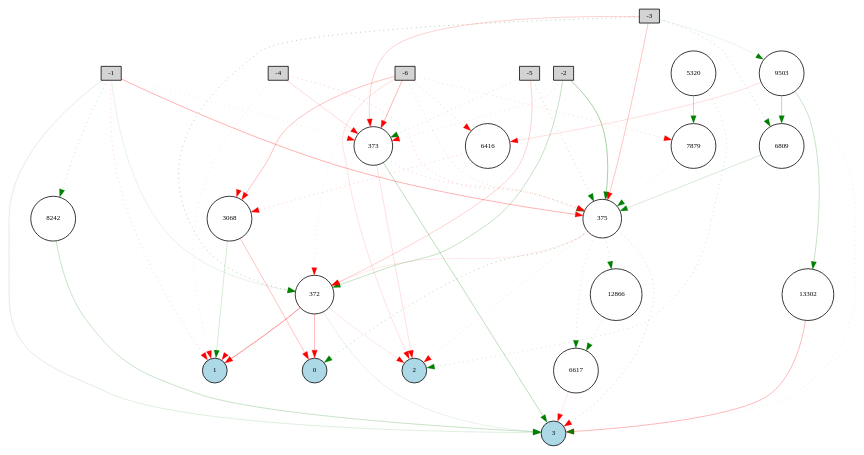
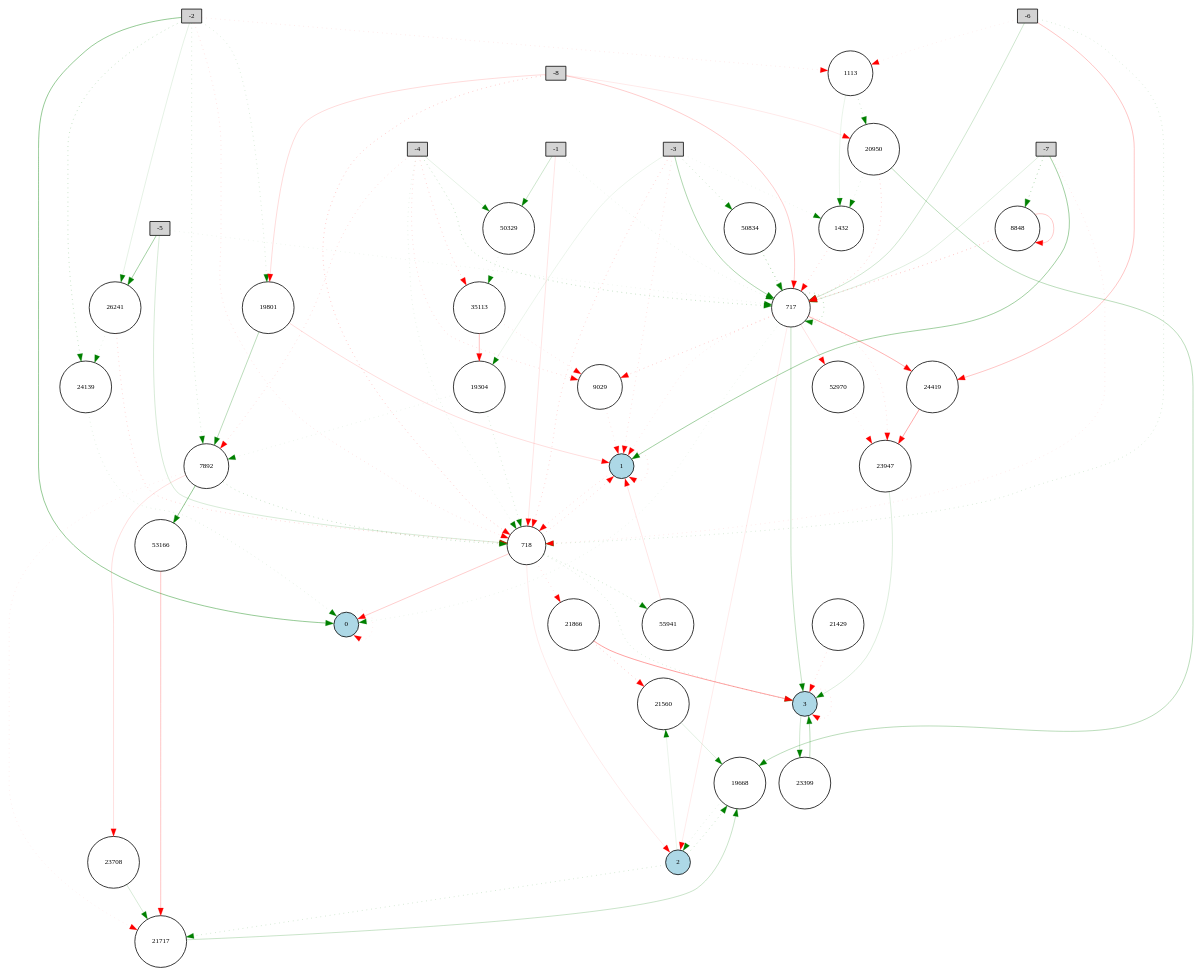
Before and after one commit to Aayush499/Neat-Foraging: the diagram in Digraph.gv, drawn with Graphviz. The commit also changed 15 other files, not shown here.

```diff
--- a/Digraph.gv
+++ b/Digraph.gv
@@ -1,83 +1,139 @@
 digraph {
 	node [fontsize=9 height=0.2 shape=circle width=0.2]
 	-1 [fillcolor=lightgray shape=box style=filled]
 	-2 [fillcolor=lightgray shape=box style=filled]
 	-3 [fillcolor=lightgray shape=box style=filled]
 	-4 [fillcolor=lightgray shape=box style=filled]
 	-5 [fillcolor=lightgray shape=box style=filled]
 	-6 [fillcolor=lightgray shape=box style=filled]
+	-7 [fillcolor=lightgray shape=box style=filled]
+	-8 [fillcolor=lightgray shape=box style=filled]
 	0 [fillcolor=lightblue style=filled]
 	1 [fillcolor=lightblue style=filled]
 	2 [fillcolor=lightblue style=filled]
 	3 [fillcolor=lightblue style=filled]
-	12866 [fillcolor=white style=filled]
-	7879 [fillcolor=white style=filled]
-	5320 [fillcolor=white style=filled]
-	6416 [fillcolor=white style=filled]
-	6809 [fillcolor=white style=filled]
-	8242 [fillcolor=white style=filled]
-	372 [fillcolor=white style=filled]
-	373 [fillcolor=white style=filled]
-	13302 [fillcolor=white style=filled]
-	375 [fillcolor=white style=filled]
-	6617 [fillcolor=white style=filled]
-	3068 [fillcolor=white style=filled]
-	9503 [fillcolor=white style=filled]
-	-1 -> 372 [color=green penwidth=0.1326016537382938 style=solid]
-	-1 -> 373 [color=red penwidth=0.17236265693238495 style=dotted]
-	-1 -> 375 [color=red penwidth=0.3990003025081229 style=solid]
-	-2 -> 372 [color=green penwidth=0.3042072752698285 style=solid]
-	-2 -> 373 [color=red penwidth=0.22903945326321726 style=dotted]
-	-2 -> 375 [color=green penwidth=0.4614673592740933 style=solid]
-	-3 -> 372 [color=green penwidth=0.523908632284136 style=dotted]
-	-3 -> 373 [color=red penwidth=0.23658986613929794 style=solid]
-	-3 -> 375 [color=red penwidth=0.2982135409568979 style=solid]
-	-4 -> 373 [color=red penwidth=0.1880542471196609 style=solid]
-	-4 -> 375 [color=red penwidth=0.3613929996050047 style=dotted]
-	-5 -> 372 [color=red penwidth=0.24126102407908845 style=solid]
-	-5 -> 373 [color=green penwidth=0.2880796074327848 style=dotted]
-	-5 -> 375 [color=green penwidth=0.3613964117990355 style=dotted]
-	-6 -> 372 [color=red penwidth=0.1567383526319065 style=dotted]
-	-6 -> 373 [color=red penwidth=0.3914112074084013 style=solid]
-	-6 -> 375 [color=green penwidth=0.2795256189009581 style=dotted]
-	372 -> 0 [color=red penwidth=0.36050285878979627 style=solid]
-	372 -> 1 [color=red penwidth=0.6 style=solid]
-	372 -> 2 [color=red penwidth=0.12789361585044148 style=solid]
-	372 -> 3 [color=green penwidth=0.1270946716239975 style=solid]
-	373 -> 1 [color=red penwidth=0.11181050556446138 style=dotted]
-	373 -> 2 [color=red penwidth=0.16970448735941238 style=solid]
-	373 -> 3 [color=green penwidth=0.3427162743535913 style=solid]
-	375 -> 0 [color=green penwidth=0.5065310964434391 style=dotted]
-	375 -> 2 [color=red penwidth=0.2270232830292562 style=dotted]
-	375 -> 3 [color=red penwidth=0.35174810729990846 style=dotted]
-	-6 -> 3068 [color=red penwidth=0.32498612019938133 style=solid]
-	3068 -> 0 [color=red penwidth=0.3100624356480156 style=solid]
-	5320 -> 2 [color=green penwidth=0.30211095229802043 style=dotted]
-	-6 -> 2 [color=red penwidth=0.15862196790539662 style=solid]
-	-4 -> 3068 [color=red penwidth=0.10646596442212361 style=dotted]
-	-6 -> 6416 [color=red penwidth=0.2982376713815116 style=dotted]
-	6416 -> 3068 [color=red penwidth=0.32748073911131736 style=dotted]
-	375 -> 6617 [color=green penwidth=0.2712185570297099 style=dotted]
-	6617 -> 3 [color=red penwidth=0.123062955049826 style=solid]
-	3068 -> 1 [color=green penwidth=0.2155908628189738 style=solid]
-	-3 -> 6809 [color=green penwidth=0.3656799011182772 style=dotted]
-	6809 -> 375 [color=green penwidth=0.21410896467066834 style=solid]
-	-1 -> 3 [color=green penwidth=0.17086818105516693 style=solid]
-	-6 -> 7879 [color=red penwidth=0.26163298120865053 style=dotted]
-	7879 -> 375 [color=green penwidth=0.1973346480396308 style=dotted]
-	5320 -> 7879 [color=green penwidth=0.344688574228161 style=solid]
-	-1 -> 8242 [color=green penwidth=0.36020661524265396 style=dotted]
-	8242 -> 3 [color=green penwidth=0.2913783977968615 style=solid]
-	-4 -> 1 [color=red penwidth=0.19353546971328106 style=dotted]
-	9503 -> 3 [color=green penwidth=0.16762514304125503 style=dotted]
-	373 -> 375 [color=red penwidth=0.3116740614835163 style=dotted]
-	375 -> 372 [color=red penwidth=0.11881325804635534 style=solid]
-	9503 -> 6809 [color=green penwidth=0.38743466941788796 style=solid]
-	9503 -> 6416 [color=red penwidth=0.17362604106767848 style=solid]
-	375 -> 12866 [color=green penwidth=0.31004136580929403 style=dotted]
-	12866 -> 6617 [color=green penwidth=0.3444696129858039 style=dotted]
-	-3 -> 9503 [color=green penwidth=0.11395821773496916 style=solid]
-	9503 -> 13302 [color=green penwidth=0.2899438228330711 style=solid]
-	13302 -> 3 [color=red penwidth=0.3632460545533096 style=solid]
-	-1 -> 1 [color=red penwidth=0.290979423441586 style=dotted]
+	26241 [fillcolor=white style=filled]
+	55941 [fillcolor=white style=filled]
+	23947 [fillcolor=white style=filled]
+	8848 [fillcolor=white style=filled]
+	50834 [fillcolor=white style=filled]
+	1432 [fillcolor=white style=filled]
+	50329 [fillcolor=white style=filled]
+	23708 [fillcolor=white style=filled]
+	35113 [fillcolor=white style=filled]
+	53166 [fillcolor=white style=filled]
+	21429 [fillcolor=white style=filled]
+	21560 [fillcolor=white style=filled]
+	9029 [fillcolor=white style=filled]
+	24139 [fillcolor=white style=filled]
+	717 [fillcolor=white style=filled]
+	718 [fillcolor=white style=filled]
+	7892 [fillcolor=white style=filled]
+	19668 [fillcolor=white style=filled]
+	20950 [fillcolor=white style=filled]
+	21717 [fillcolor=white style=filled]
+	19801 [fillcolor=white style=filled]
+	1113 [fillcolor=white style=filled]
+	24419 [fillcolor=white style=filled]
+	23399 [fillcolor=white style=filled]
+	19304 [fillcolor=white style=filled]
+	21866 [fillcolor=white style=filled]
+	52970 [fillcolor=white style=filled]
+	-1 -> 717 [color=green penwidth=0.141272360368502 style=dotted]
+	-1 -> 718 [color=red penwidth=0.13726234209409496 style=solid]
+	-2 -> 718 [color=red penwidth=0.1791870725055485 style=dotted]
+	-3 -> 717 [color=green penwidth=0.4149325544492999 style=solid]
+	-3 -> 718 [color=red penwidth=0.25502566756170575 style=dotted]
+	-4 -> 717 [color=green penwidth=0.34612700391581086 style=dotted]
+	-4 -> 718 [color=green penwidth=0.15251281093508567 style=dotted]
+	-5 -> 717 [color=green penwidth=0.10846817083407795 style=dotted]
+	-5 -> 718 [color=green penwidth=0.2080395964184755 style=solid]
+	-6 -> 717 [color=green penwidth=0.2511581474425748 style=solid]
+	-6 -> 718 [color=green penwidth=0.2384220153245856 style=dotted]
+	-7 -> 717 [color=green penwidth=0.1731651942104258 style=solid]
+	-7 -> 718 [color=red penwidth=0.13679392448890998 style=dotted]
+	-8 -> 717 [color=red penwidth=0.2588272806856863 style=solid]
+	-8 -> 718 [color=red penwidth=0.3268459884725272 style=dotted]
+	717 -> 0 [color=green penwidth=0.12618106855786904 style=dotted]
+	717 -> 1 [color=red penwidth=0.137383308650642 style=dotted]
+	717 -> 2 [color=red penwidth=0.11467588656590073 style=solid]
+	717 -> 3 [color=green penwidth=0.2966836660964405 style=solid]
+	718 -> 0 [color=red penwidth=0.2643517412383555 style=solid]
+	718 -> 1 [color=red penwidth=0.22695906813230987 style=dotted]
+	718 -> 2 [color=red penwidth=0.1135517368772124 style=solid]
+	718 -> 3 [color=green penwidth=0.22104490541906932 style=dotted]
+	0 -> 0 [color=red penwidth=0.12046865470547122 style=dotted]
+	1 -> 1 [color=red penwidth=0.19873820578397416 style=dotted]
+	3 -> 3 [color=red penwidth=0.17525048256364162 style=dotted]
+	717 -> 717 [color=green penwidth=0.4270293492511956 style=dotted]
+	-6 -> 1113 [color=red penwidth=0.10528835687162916 style=dotted]
+	-3 -> 1432 [color=green penwidth=0.10876554229568525 style=dotted]
+	-2 -> 7892 [color=green penwidth=0.23666830664872116 style=dotted]
+	7892 -> 718 [color=green penwidth=0.34426228731710773 style=dotted]
+	-7 -> 8848 [color=green penwidth=0.5008349535076269 style=dotted]
+	8848 -> 717 [color=red penwidth=0.38092429830637997 style=dotted]
+	717 -> 9029 [color=red penwidth=0.31350803954893364 style=dotted]
+	9029 -> 1 [color=red penwidth=0.16836451906872796 style=dotted]
+	-3 -> 19304 [color=green penwidth=0.11096523112736732 style=solid]
+	19304 -> 718 [color=green penwidth=0.2333658861168733 style=dotted]
+	-7 -> 1 [color=green penwidth=0.4826990884987845 style=solid]
+	2 -> 19668 [color=green penwidth=0.3399740616545637 style=dotted]
+	19668 -> 2 [color=green penwidth=0.18736324570775825 style=dotted]
+	-3 -> 1 [color=red penwidth=0.18965158437404903 style=dotted]
+	-2 -> 19801 [color=green penwidth=0.23485595601071926 style=dotted]
+	19801 -> 7892 [color=green penwidth=0.3462491611057953 style=solid]
+	1113 -> 1432 [color=green penwidth=0.12158751833540166 style=solid]
+	-2 -> 0 [color=green penwidth=0.5377571433043904 style=solid]
+	-8 -> 19801 [color=red penwidth=0.18834893442079714 style=solid]
+	-8 -> 20950 [color=red penwidth=0.12342720800058371 style=solid]
+	20950 -> 717 [color=red penwidth=0.26813597495509756 style=dotted]
+	21429 -> 3 [color=red penwidth=0.22070478744520486 style=dotted]
+	2 -> 21560 [color=green penwidth=0.11138608172853283 style=solid]
+	21560 -> 19668 [color=green penwidth=0.15637750889567714 style=solid]
+	-4 -> 7892 [color=red penwidth=0.22258176726475432 style=dotted]
+	2 -> 21717 [color=green penwidth=0.2687786786659697 style=dotted]
+	21717 -> 19668 [color=green penwidth=0.2799669687031161 style=solid]
+	7892 -> 21717 [color=red penwidth=0.11727672224836685 style=dotted]
+	718 -> 21866 [color=red penwidth=0.19182474938024097 style=dotted]
+	21866 -> 3 [color=red penwidth=0.48835982330835237 style=solid]
+	8848 -> 8848 [color=red penwidth=0.26583668463703775 style=solid]
+	1 -> 718 [color=red penwidth=0.21035739365970363 style=dotted]
+	-4 -> 9029 [color=red penwidth=0.21169013124144198 style=dotted]
+	-2 -> 1113 [color=red penwidth=0.1441899952109807 style=dotted]
+	20950 -> 19668 [color=green penwidth=0.35218646175351 style=solid]
+	3 -> 23399 [color=green penwidth=0.24631877748381154 style=solid]
+	23399 -> 3 [color=green penwidth=0.34865800234354993 style=solid]
+	1432 -> 717 [color=red penwidth=0.24398689185783723 style=dotted]
+	7892 -> 23708 [color=red penwidth=0.16771957212379957 style=solid]
+	23708 -> 21717 [color=green penwidth=0.21089316027799793 style=solid]
+	1113 -> 20950 [color=green penwidth=0.27767190538650455 style=dotted]
+	717 -> 23947 [color=red penwidth=0.172642281993321 style=dotted]
+	23947 -> 3 [color=green penwidth=0.1778421059525541 style=solid]
+	-2 -> 24139 [color=green penwidth=0.35243005600695565 style=dotted]
+	24139 -> 0 [color=green penwidth=0.17901927166787346 style=dotted]
+	19304 -> 7892 [color=green penwidth=0.13253891549983443 style=dotted]
+	717 -> 24419 [color=red penwidth=0.40204336932337137 style=solid]
+	24419 -> 23947 [color=red penwidth=0.4370270618840618 style=solid]
+	-6 -> 24419 [color=red penwidth=0.29803594184138416 style=solid]
+	-2 -> 26241 [color=green penwidth=0.13609621254655113 style=solid]
+	26241 -> 24139 [color=green penwidth=0.15075732379250933 style=dotted]
+	-4 -> 35113 [color=red penwidth=0.25730177787831643 style=dotted]
+	35113 -> 9029 [color=red penwidth=0.14982442201575977 style=dotted]
+	26241 -> 718 [color=red penwidth=0.2549873297910037 style=dotted]
+	21866 -> 21560 [color=red penwidth=0.3422657201004764 style=dotted]
+	-4 -> 50329 [color=green penwidth=0.13578353162738566 style=solid]
+	50329 -> 35113 [color=green penwidth=0.16395184335485322 style=dotted]
+	-1 -> 50329 [color=green penwidth=0.2629821555528018 style=solid]
+	-3 -> 50834 [color=green penwidth=0.328427097315407 style=dotted]
+	50834 -> 717 [color=green penwidth=0.5964102486604184 style=dotted]
+	20950 -> 1432 [color=green penwidth=0.17031728581295974 style=dotted]
+	35113 -> 19304 [color=red penwidth=0.3221752240819427 style=solid]
+	717 -> 52970 [color=red penwidth=0.1507497316818786 style=solid]
+	52970 -> 23947 [color=red penwidth=0.10081409083280309 style=dotted]
+	7892 -> 53166 [color=green penwidth=0.5569719345743015 style=solid]
+	53166 -> 21717 [color=red penwidth=0.2950619901383928 style=solid]
+	19801 -> 1 [color=red penwidth=0.18226053147985222 style=solid]
+	718 -> 55941 [color=green penwidth=0.3025466599100991 style=dotted]
+	55941 -> 1 [color=red penwidth=0.1375506124488256 style=solid]
+	-5 -> 26241 [color=green penwidth=0.46831867904158564 style=solid]
 }
```
